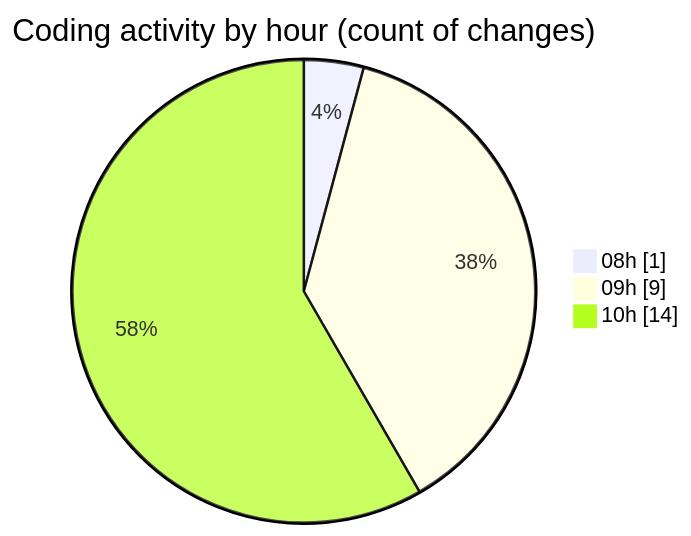
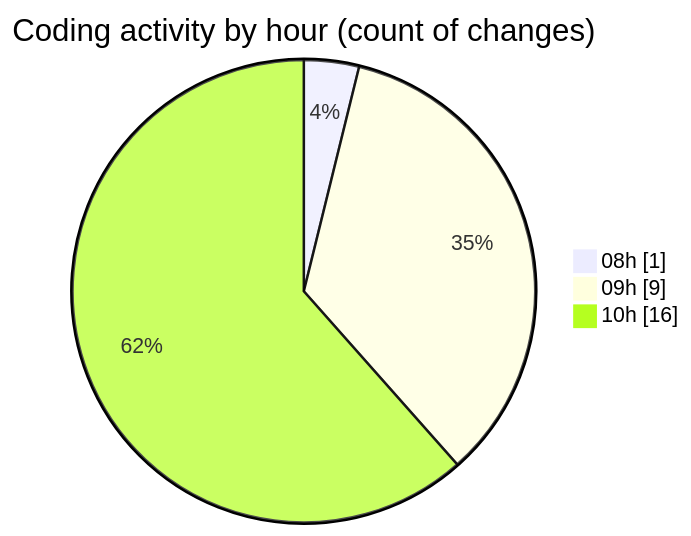
Before and after one commit to BS-eng2023/code-tracking: the second of 2 diagrams in 2025-04-04/jsvms/README.md, drawn with Mermaid. The commit also changed other lines of this file and 1 other file, not shown here.

````diff
--- a/2025-04-04/jsvms/README.md
+++ b/2025-04-04/jsvms/README.md
@@ -36,7 +37,7 @@
 ```mermaid
 pie showData
 title Coding activity by hour (count of changes)
 "08h" : 1
 "09h" : 9
-"10h" : 14
+"10h" : 16
 ```
````
